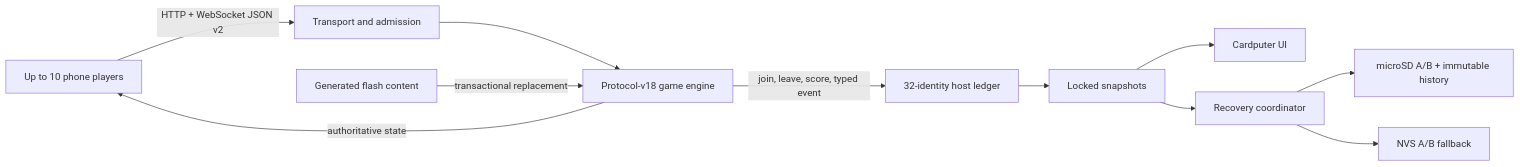
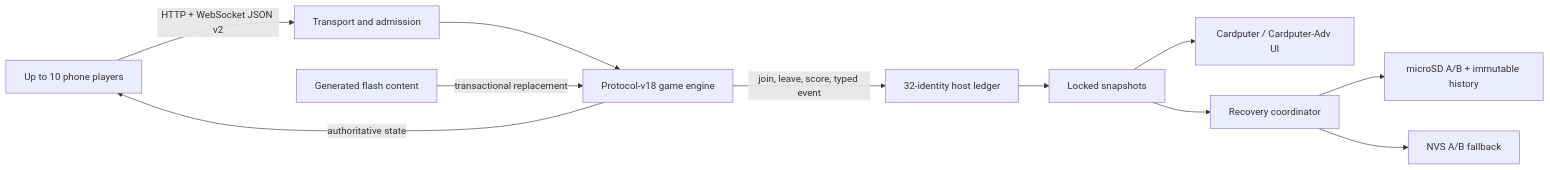
Before and after one commit to kaini-industries/hotspot-arcade-cardputer: the diagram in docs/ARCHITECTURE.md, drawn with Mermaid. The commit also changed other lines of this file and 25 other files, not shown here.

````diff
--- a/docs/ARCHITECTURE.md
+++ b/docs/ARCHITECTURE.md
@@ -8,13 +8,13 @@
 ```mermaid
 flowchart LR
     P["Up to 10 phone players"] -->|"HTTP + WebSocket JSON v2"| T["Transport and admission"]
     T --> E["Protocol-v18 game engine"]
     E -->|"authoritative state"| P
     E -->|"join, leave, score, typed event"| H["32-identity host ledger"]
     H --> S["Locked snapshots"]
-    S --> U["Cardputer UI"]
+    S --> U["Cardputer / Cardputer-Adv UI"]
     S --> R["Recovery coordinator"]
     R --> SD["microSD A/B + immutable history"]
     R --> N["NVS A/B fallback"]
     C["Generated flash content"] -->|"transactional replacement"| E
 ```
````
